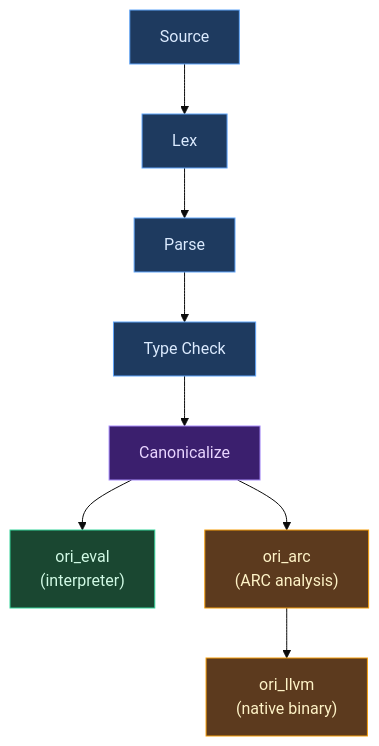
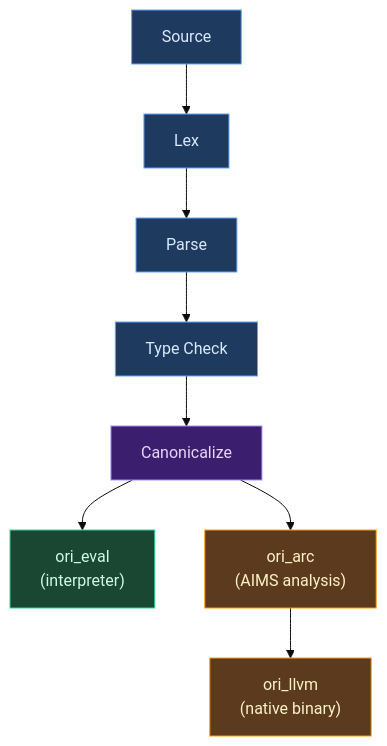
Before and after one commit to upstat-io/ori-lang: the first of 3 diagrams in docs/compiler/design/01-architecture/index.md, drawn with Mermaid (base theme). The commit also changed other lines of this file and 51 other files, not shown here.

````diff
--- a/docs/compiler/design/01-architecture/index.md
+++ b/docs/compiler/design/01-architecture/index.md
@@ -91,23 +91,23 @@
 ```mermaid
 flowchart TB
     A["Source"] --> B["Lex"]
     B --> C["Parse"]
     C --> D["Type Check"]
     D --> E["Canonicalize"]
     E --> F["ori_eval
     (interpreter)"]
     E --> G["ori_arc
-    (ARC analysis)"]
+    (AIMS analysis)"]
     G --> H["ori_llvm
     (native binary)"]
 
     classDef frontend fill:#1e3a5f,stroke:#60a5fa,color:#dbeafe
     classDef canon fill:#3b1f6e,stroke:#a78bfa,color:#e9d5ff
     classDef interpreter fill:#1a4731,stroke:#34d399,color:#d1fae5
     classDef native fill:#5c3a1e,stroke:#f59e0b,color:#fef3c7
 
     class A,B,C,D frontend
     class E canon
     class F interpreter
     class G,H native
 ```
````
